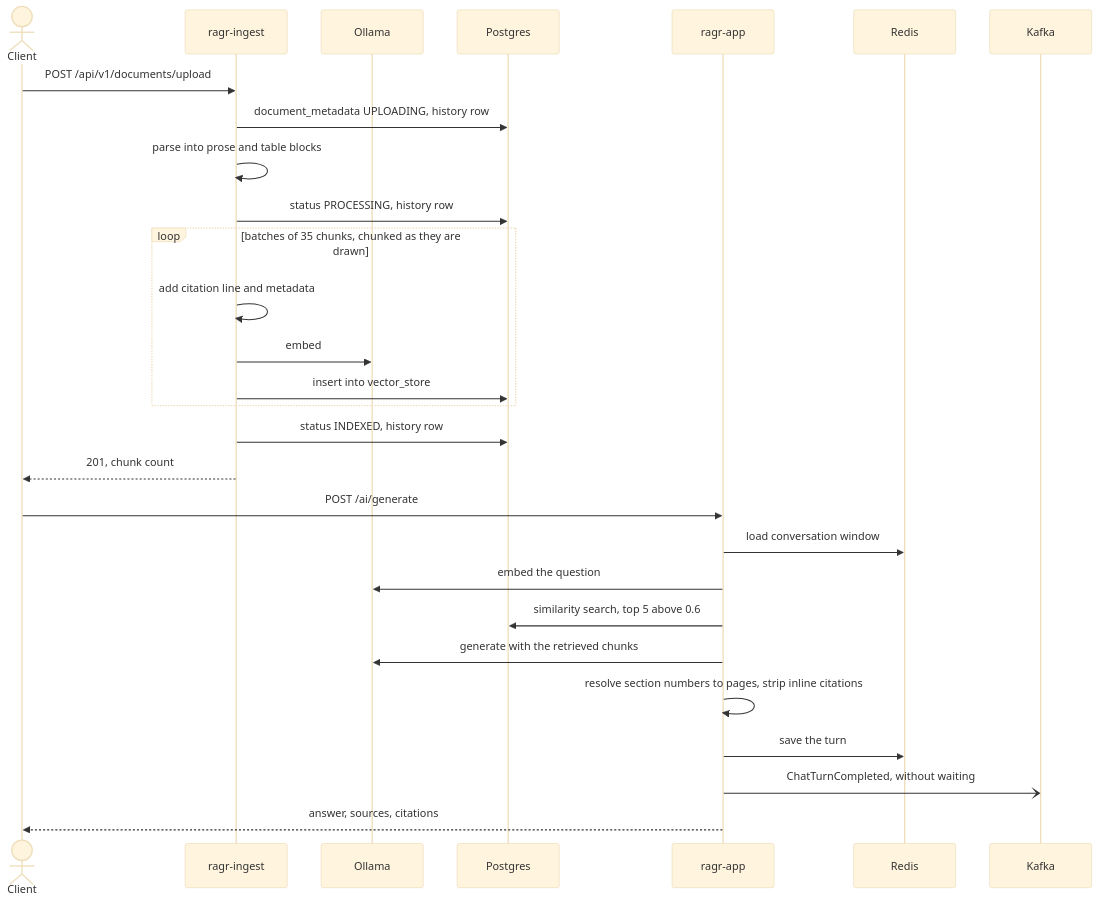
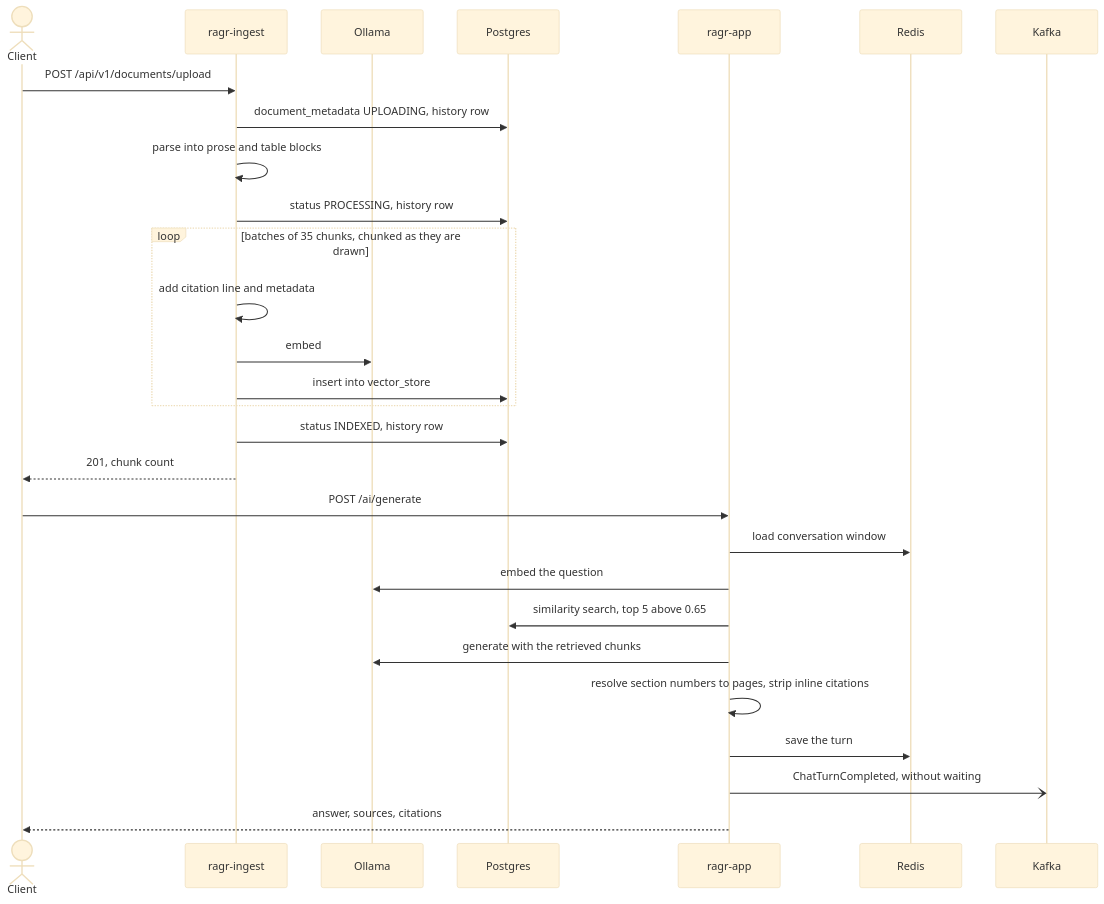
The second of 3 diagrams in README.md (subhanmishra/spring-ai), drawn with Mermaid (base theme) before and after one commit. The commit also changed other lines of this file and 15 other files, not shown here.

````diff
--- a/README.md
+++ b/README.md
@@ -88,32 +90,32 @@
 ```mermaid
 sequenceDiagram
     actor U as Client
     participant I as ragr-ingest
     participant O as Ollama
     participant P as Postgres
     participant C as ragr-app
     participant R as Redis
     participant K as Kafka
 
     U->>I: POST /api/v1/documents/upload
     I->>P: document_metadata UPLOADING, history row
     I->>I: parse into prose and table blocks
     I->>P: status PROCESSING, history row
     loop batches of 35 chunks, chunked as they are drawn
         I->>I: add citation line and metadata
         I->>O: embed
         I->>P: insert into vector_store
     end
     I->>P: status INDEXED, history row
     I-->>U: 201, chunk count
 
     U->>C: POST /ai/generate
     C->>R: load conversation window
     C->>O: embed the question
-    C->>P: similarity search, top 5 above 0.6
+    C->>P: similarity search, top 5 above 0.65
     C->>O: generate with the retrieved chunks
     C->>C: resolve section numbers to pages, strip inline citations
     C->>R: save the turn
     C-)K: ChatTurnCompleted, without waiting
     C-->>U: answer, sources, citations
 ```
````
